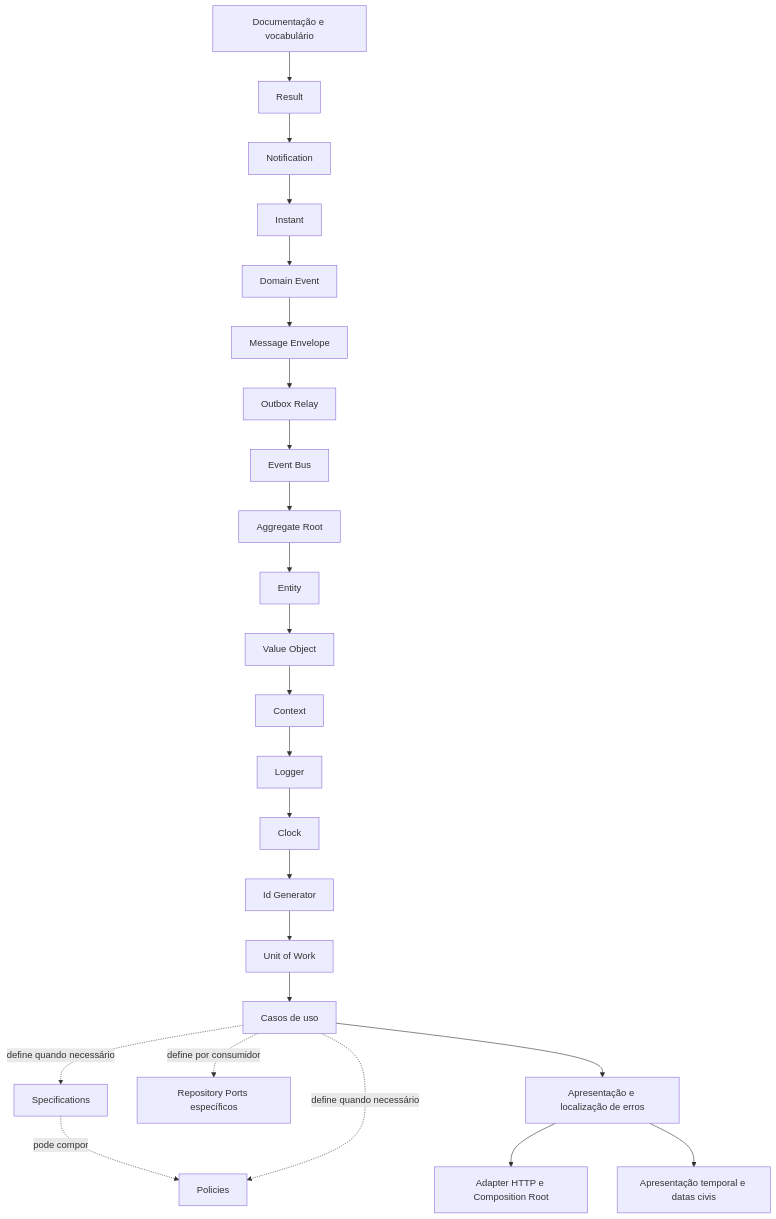
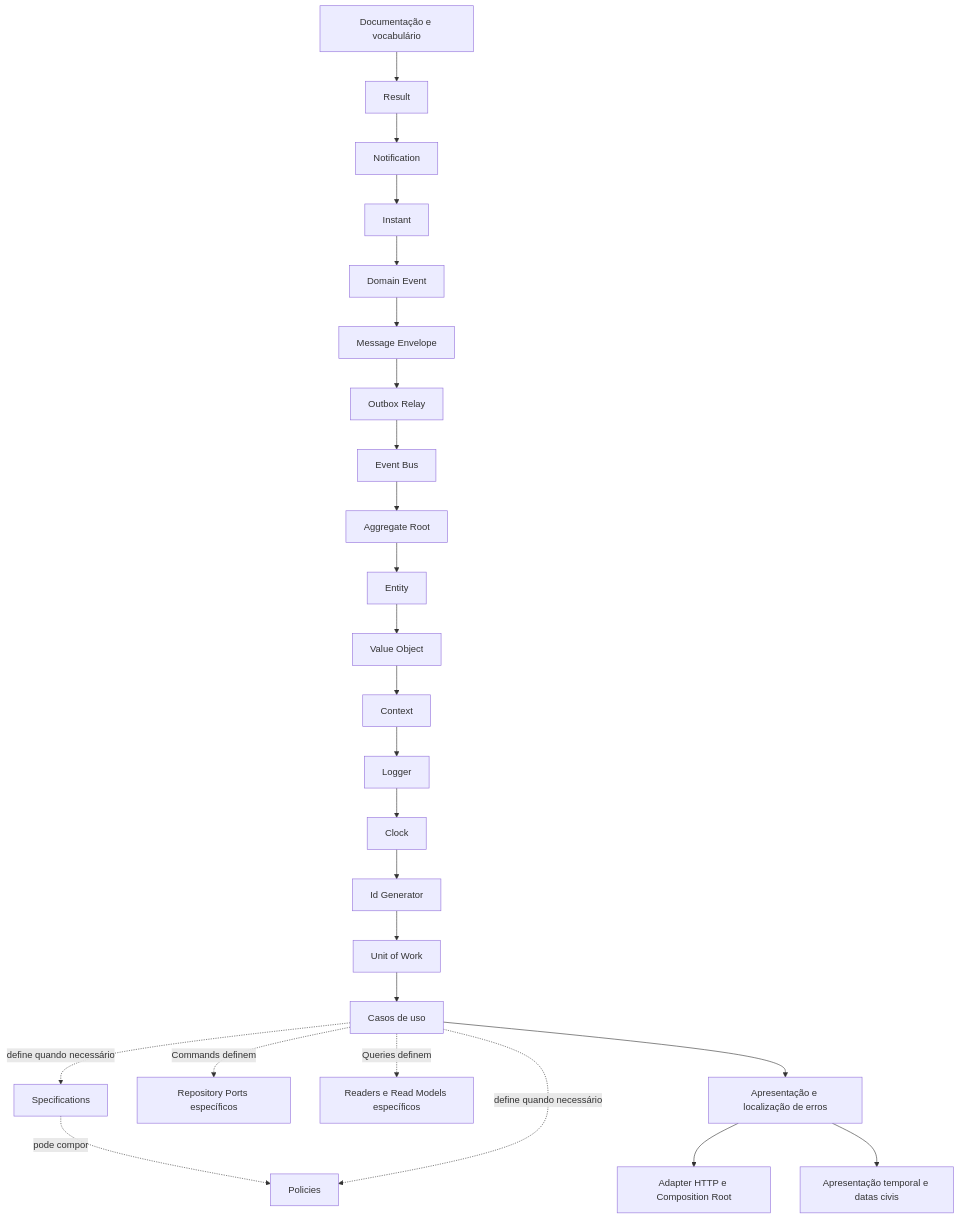
One commit to MauricioGomes02/servir changed the diagram in docs/roadmap.md. Above: the diagram before and after it, drawn with Mermaid. The commit also changed other lines of this file and 25 other files, not shown here.

````diff
--- a/docs/roadmap.md
+++ b/docs/roadmap.md
@@ -23,26 +23,27 @@
 ```mermaid
 flowchart TD
     D[Documentação e vocabulário] --> R[Result]
     R --> N[Notification]
     N --> I[Instant]
     I --> DE[Domain Event]
     DE --> M[Message Envelope]
     M --> OR[Outbox Relay]
     OR --> EB[Event Bus]
     EB --> AR[Aggregate Root]
     AR --> E[Entity]
     E --> VO[Value Object]
     VO --> C[Context]
     C --> L[Logger]
     L --> CL[Clock]
     CL --> ID[Id Generator]
     ID --> U[Unit of Work]
     U --> UC[Casos de uso]
     UC -. define quando necessário .-> S[Specifications]
     S -. pode compor .-> P[Policies]
     UC -. define quando necessário .-> P
-    UC -. define por consumidor .-> RC[Repository Ports específicos]
+    UC -. Commands definem .-> RC[Repository Ports específicos]
+    UC -. Queries definem .-> RP[Readers e Read Models específicos]
     UC --> PL[Apresentação e localização de erros]
     PL --> HTTP[Adapter HTTP e Composition Root]
     PL --> TP[Apresentação temporal e datas civis]
 ```
````
